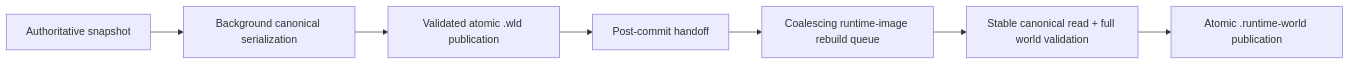
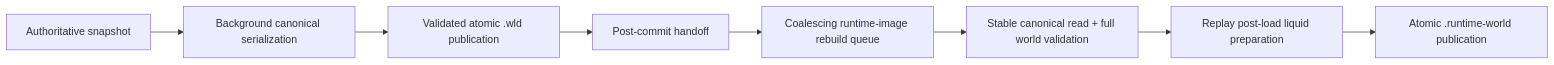
The diagram in docs/en/runtime-world-save-rebuild.md (VegaKernel/TerraRuntime), drawn with Mermaid before and after one commit. The commit also changed other lines of this file and 35 other files, not shown here.

First line of the commit message:
Add post-load liquid preparation and layout v2 cache

````diff
--- a/docs/en/runtime-world-save-rebuild.md
+++ b/docs/en/runtime-world-save-rebuild.md
@@ -9,9 +9,10 @@
 ```mermaid
 flowchart LR
     A["Authoritative snapshot"] --> B["Background canonical serialization"]
     B --> C["Validated atomic .wld publication"]
     C --> D["Post-commit handoff"]
     D --> E["Coalescing runtime-image rebuild queue"]
     E --> F["Stable canonical read + full world validation"]
-    F --> G["Atomic .runtime-world publication"]
+    F --> P["Replay post-load liquid preparation"]
+    P --> G["Atomic .runtime-world publication"]
 ```
````
